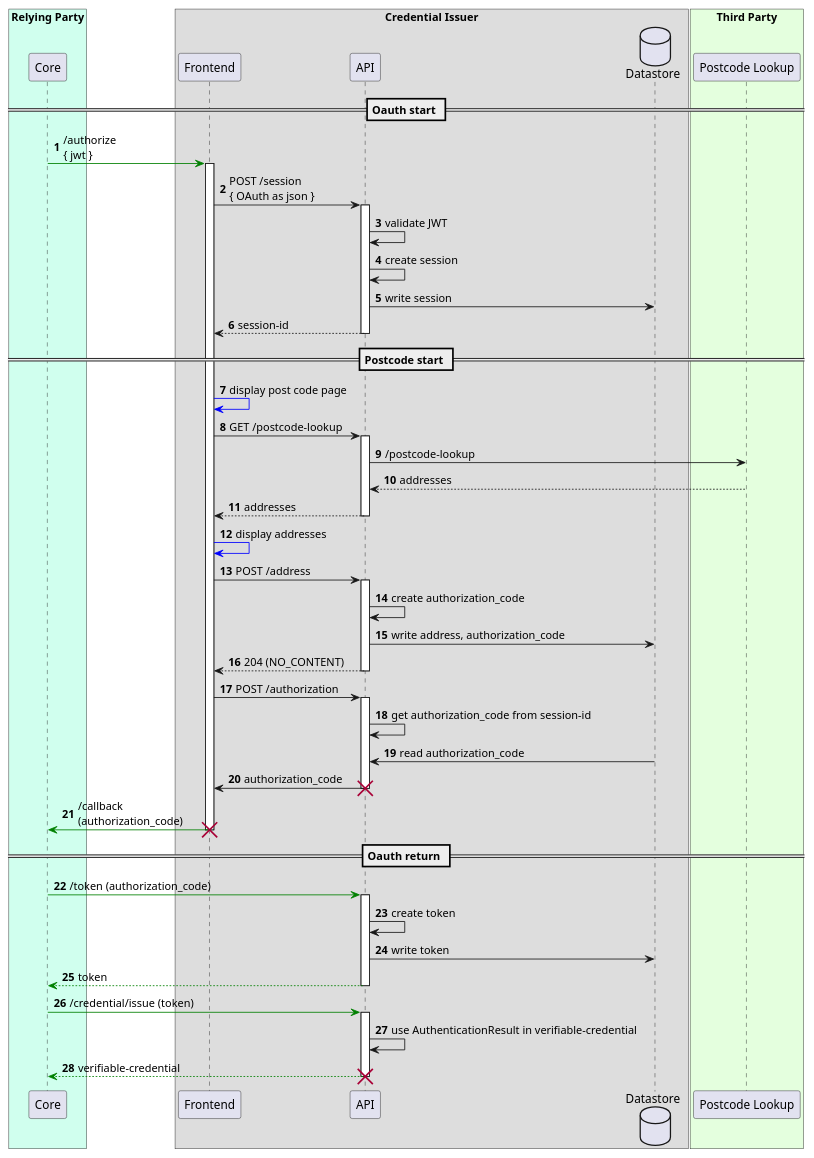
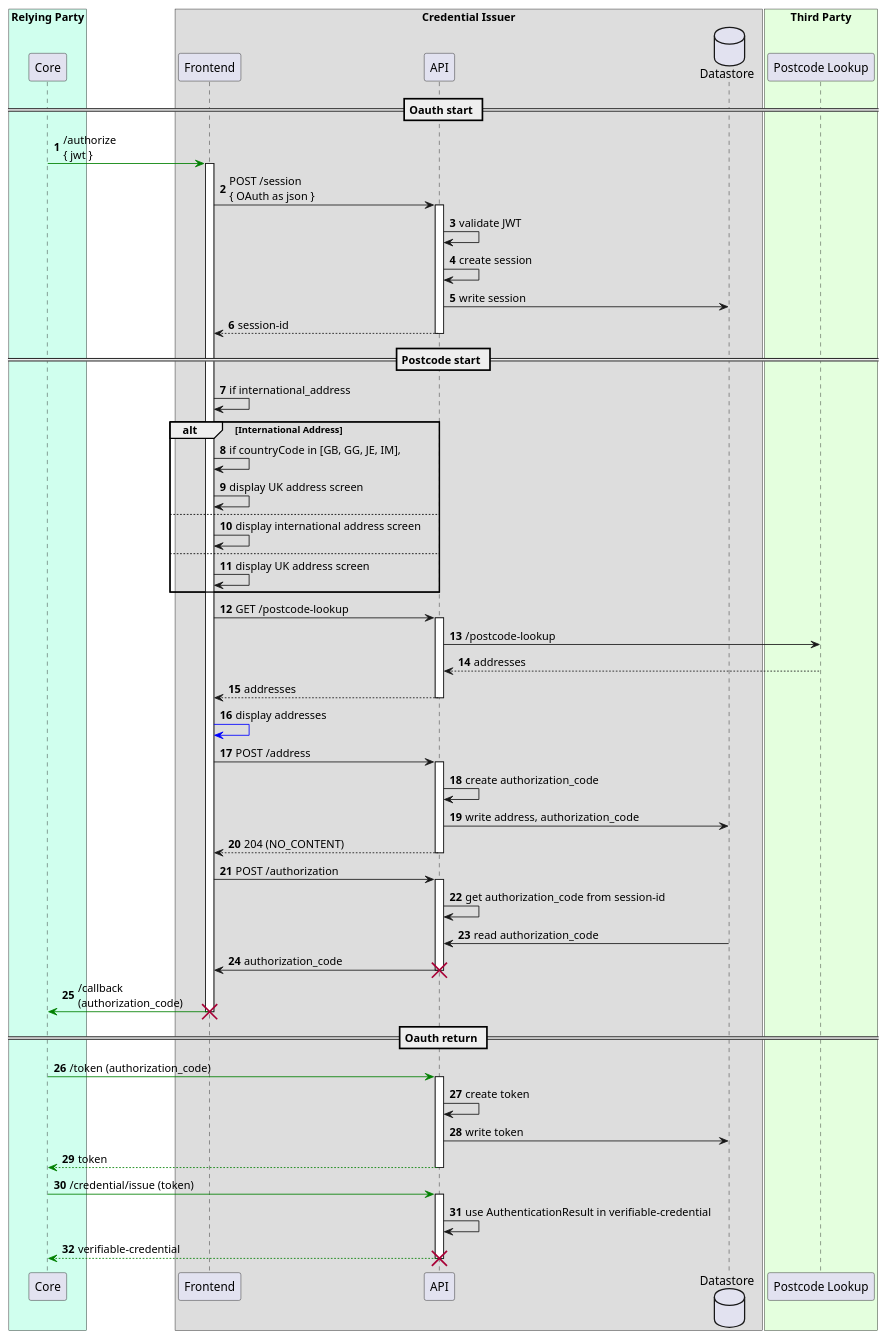
Before and after one commit to govuk-one-login/ipv-cri-address-api: the diagram in doc/api.puml, drawn with PlantUML.

Commit message:
doc: add international address flow
Refs: OJ-2831

```diff
--- a/doc/api.puml
+++ b/doc/api.puml
@@ -1,76 +1,83 @@
 @startuml
 'https://plantuml.com/sequence-diagram
 
 autonumber
 skinparam backgroundColor #ffffff
 
 'actor User
 box "Relying Party" #d0ffee
 participant Core as core
 end box
 
 box "Credential Issuer"
 participant Frontend as fe
 participant API as api
 database Datastore as db
 
 box "Third Party" #e4ffde
 participant "Postcode Lookup" as pcl
 end box
 == Oauth start ==
 
 core -[#green]> fe : /authorize\n{ jwt }
 activate fe
 
 fe -> api: POST /session\n{ OAuth as json }
 activate api
 api -> api: validate JWT
 api -> api: create session
 api -> db: write session
 return session-id
 
 == Postcode start ==
-
-fe-[#blue]>fe: display post code page
+fe -> fe: if international_address
+alt International Address
+    fe -> fe: if countryCode in [GB, GG, JE, IM],
+        fe -> fe: display UK address screen
+    else
+        fe -> fe: display international address screen
+else
+    fe -> fe: display UK address screen
+end
 
 fe -> api: GET /postcode-lookup
 activate api
 api->pcl: /postcode-lookup
 api<--pcl: addresses
 return addresses
 
 fe-[#blue]>fe: display addresses
 
 fe->api: POST /address
 activate api
 
 api -> api: create authorization_code
 api -> db: write address, authorization_code
 return 204 (NO_CONTENT)
 
 fe -> api: POST /authorization
 activate api
 api -> api: get authorization_code from session-id
 db -> api: read authorization_code
 api -> fe: authorization_code
 destroy api
 
 core <[#green]- fe: /callback\n(authorization_code)
 destroy fe
 == Oauth return ==
 
 
 
 core -[#green]> api: /token (authorization_code)
 activate api
 api -> api: create token
 api -> db: write token
 return token
 core -[#green]> api: /credential/issue (token)
 activate api
 api -> api: use AuthenticationResult in verifiable-credential
 return verifiable-credential
 
 
 destroy api
 @enduml
```
